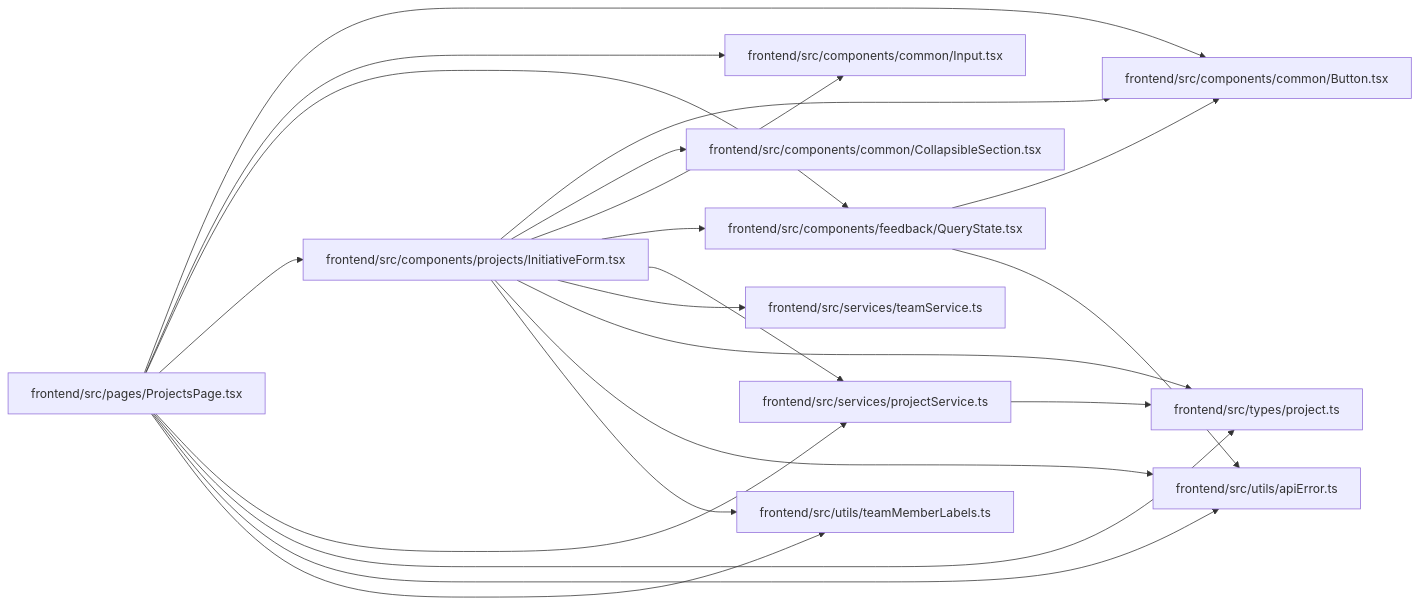
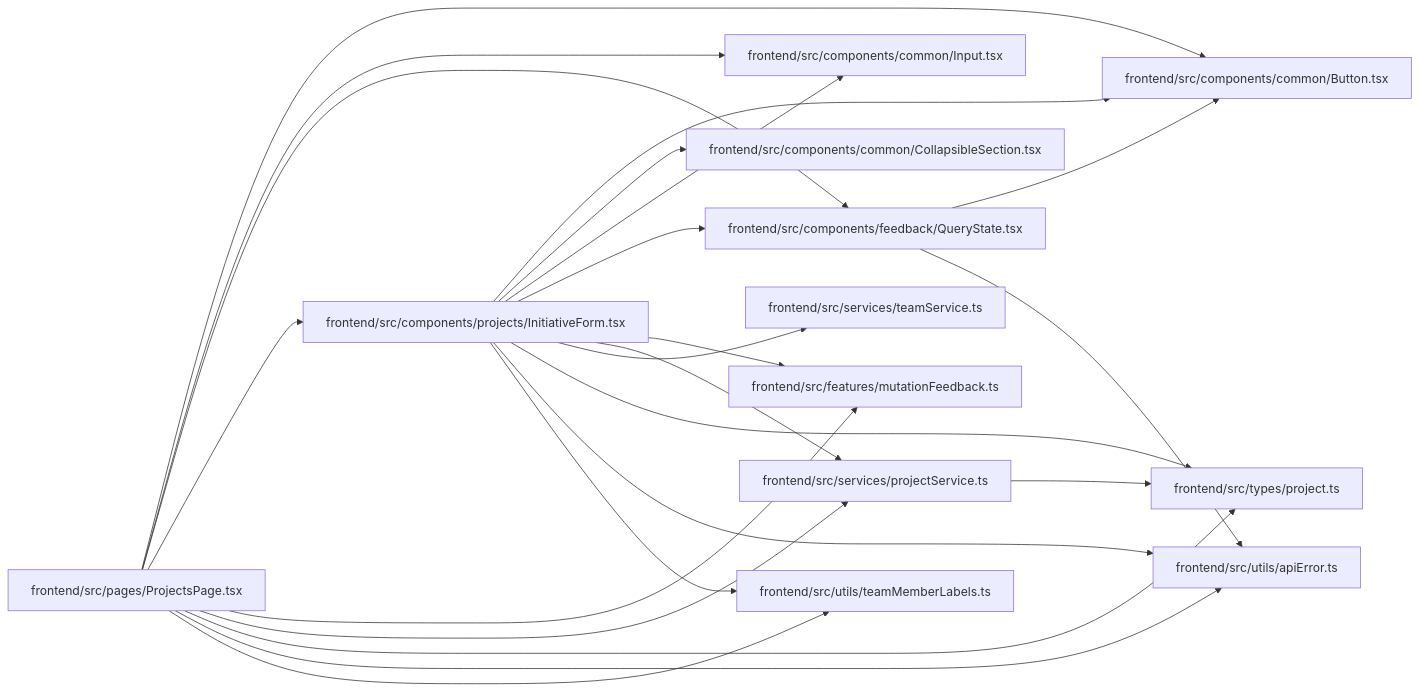
One commit to Denissvgn/WorkChord changed the diagram in docs/llm_wiki/modules/InitiativeForm.md. Above: the diagram before and after it, drawn with Mermaid. The commit also changed other lines of this file and 372 other files, not shown here.

Commit message:
docs(wiki): refresh for mutation success feedback

````diff
--- a/docs/llm_wiki/modules/InitiativeForm.md
+++ b/docs/llm_wiki/modules/InitiativeForm.md
@@ -39,45 +41,49 @@
 ```mermaid
 flowchart LR
     n0["frontend/src/components/common/Button.tsx"]
     n1["frontend/src/components/common/CollapsibleSection.tsx"]
     n2["frontend/src/components/common/Input.tsx"]
     n3["frontend/src/components/feedback/QueryState.tsx"]
     n4["frontend/src/components/projects/InitiativeForm.tsx"]
-    n5["frontend/src/pages/ProjectsPage.tsx"]
-    n6["frontend/src/services/projectService.ts"]
-    n7["frontend/src/services/teamService.ts"]
-    n8["frontend/src/types/project.ts"]
-    n9["frontend/src/utils/apiError.ts"]
-    n10["frontend/src/utils/teamMemberLabels.ts"]
+    n5["frontend/src/features/mutationFeedback.ts"]
+    n6["frontend/src/pages/ProjectsPage.tsx"]
+    n7["frontend/src/services/projectService.ts"]
+    n8["frontend/src/services/teamService.ts"]
+    n9["frontend/src/types/project.ts"]
+    n10["frontend/src/utils/apiError.ts"]
+    n11["frontend/src/utils/teamMemberLabels.ts"]
     n3 --> n0
-    n3 --> n9
+    n3 --> n10
     n4 --> n0
     n4 --> n1
     n4 --> n2
     n4 --> n3
-    n4 --> n6
+    n4 --> n5
     n4 --> n7
     n4 --> n8
     n4 --> n9
     n4 --> n10
-    n5 --> n0
-    n5 --> n2
-    n5 --> n3
-    n5 --> n4
-    n5 --> n6
-    n5 --> n8
-    n5 --> n9
-    n5 --> n10
-    n6 --> n8
+    n4 --> n11
+    n6 --> n0
+    n6 --> n2
+    n6 --> n3
+    n6 --> n4
+    n6 --> n5
+    n6 --> n7
+    n6 --> n9
+    n6 --> n10
+    n6 --> n11
+    n7 --> n9
     click n0 "../modules/Button.md"
     click n1 "../modules/CollapsibleSection.md"
     click n2 "../modules/Input.md"
     click n3 "../modules/QueryState.md"
     click n4 "../modules/InitiativeForm.md"
-    click n5 "../modules/ProjectsPage.md"
-    click n6 "../modules/projectService.md"
-    click n7 "../modules/teamService.md"
-    click n8 "../modules/types_project.md"
-    click n9 "../modules/apiError.md"
-    click n10 "../modules/teamMemberLabels.md"
+    click n5 "../modules/mutationFeedback.md"
+    click n6 "../modules/ProjectsPage.md"
+    click n7 "../modules/projectService.md"
+    click n8 "../modules/teamService.md"
+    click n9 "../modules/types_project.md"
+    click n10 "../modules/apiError.md"
+    click n11 "../modules/teamMemberLabels.md"
 ```
````
